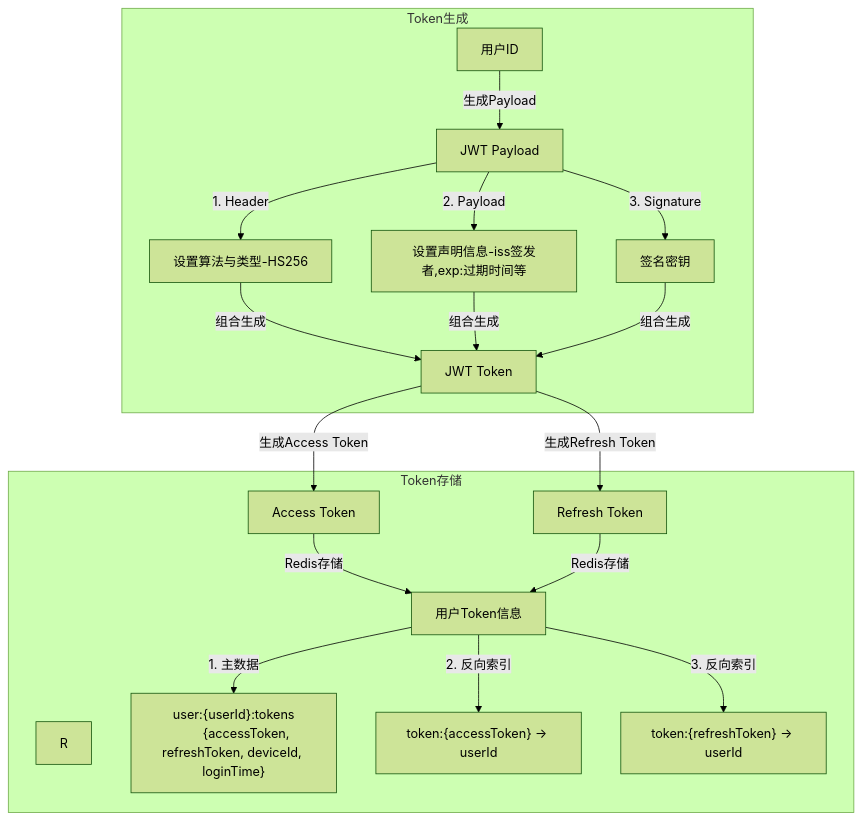
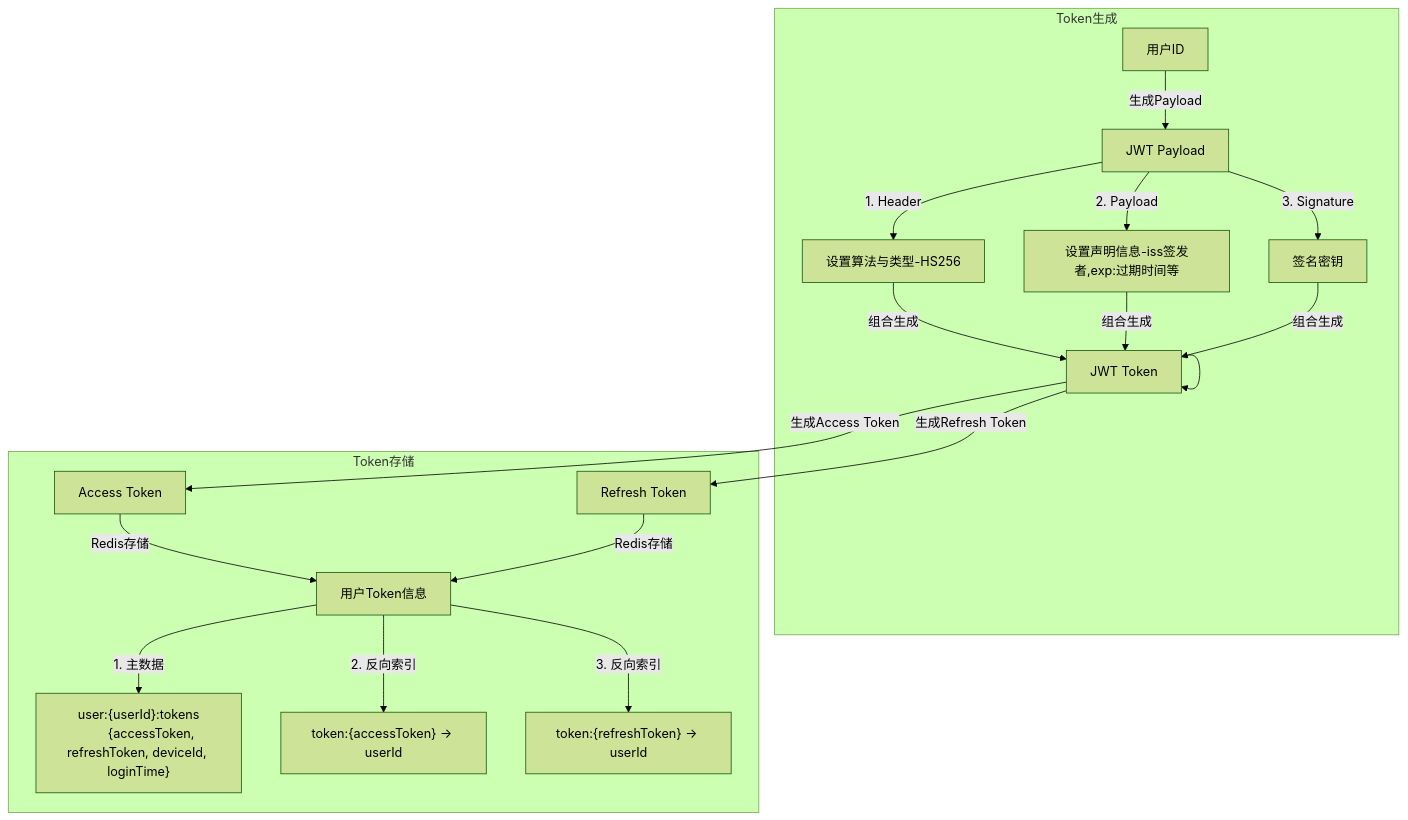
The diagram in all/未命名-15.md (yingjianzh/iodraw-files), drawn with Mermaid (forest theme) before and after one commit.

Commit message:
2025-01-02 18:22:54 update

````diff
--- a/all/未命名-15.md
+++ b/all/未命名-15.md
@@ -1,23 +1,23 @@
 ```mermaid
 flowchart TD
     subgraph Token生成
         A[用户ID] -->|生成Payload| B[JWT Payload]
         B -->|1. Header| C[设置算法与类型-HS256]
         B -->|2. Payload| D[设置声明信息-iss签发者,exp:过期时间等]
         B -->|3. Signature| E[签名密钥]
         C & D & E -->|组合生成| F[JWT Token]
     end
     
     subgraph Token存储
-        R 
+        F --> 
         F -->|生成Access Token| G[Access Token]
         F -->|生成Refresh Token| H[Refresh Token]
         G & H -->|Redis存储| I[用户Token信息]
         I -->|1. 主数据| J["user:{userId}:tokens
         {accessToken, refreshToken, deviceId, loginTime}"]
         I -->|2. 反向索引| K["token:{accessToken} -> userId"]
         I -->|3. 反向索引| L["token:{refreshToken} -> userId"]
     end
     
     
 ```
````
